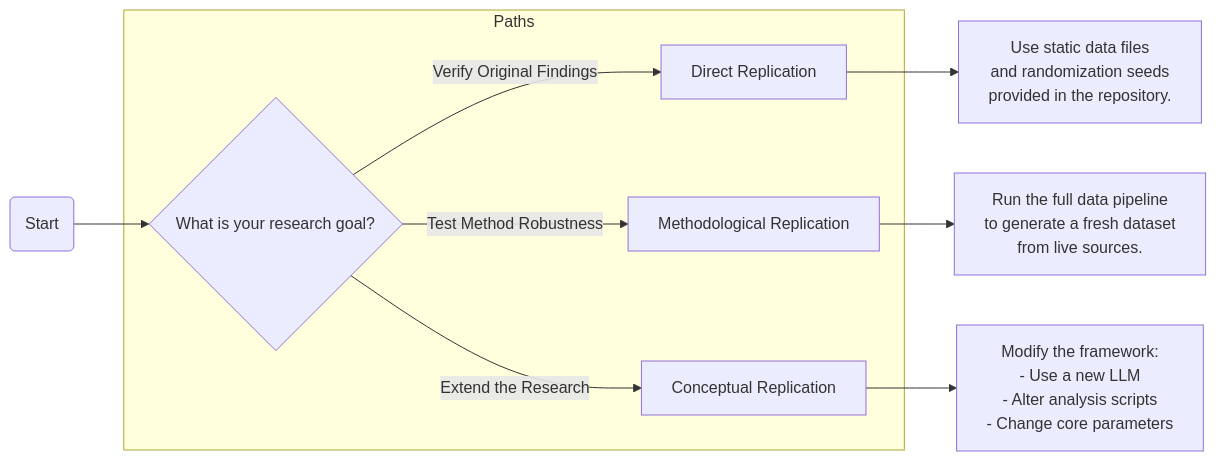
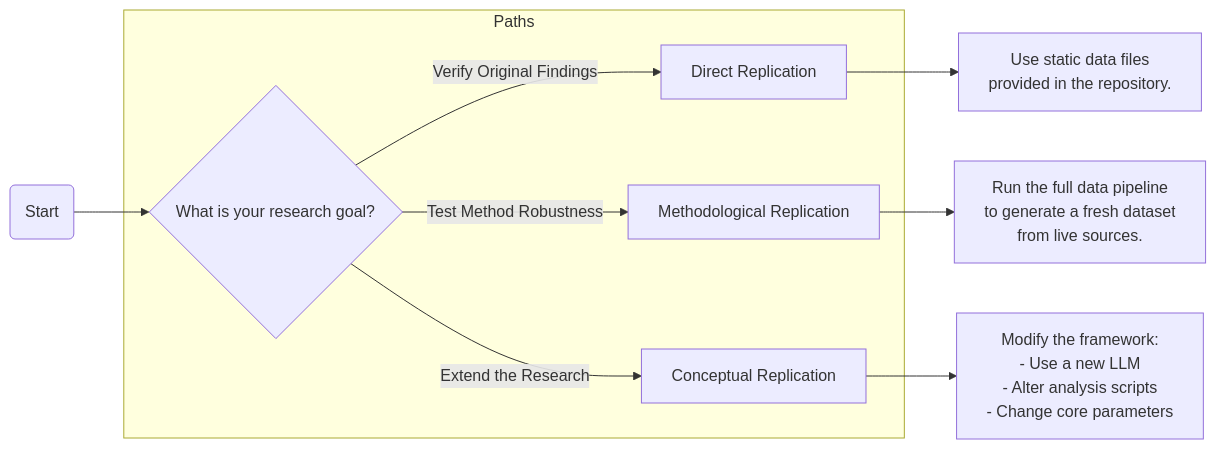
Before and after one commit to peterjmarko/llm-narrative-framework: the diagram in docs/diagrams/flow_replication_paths.mmd, drawn with Mermaid. The commit also changed 20 other files, not shown here.

```diff
--- a/docs/diagrams/flow_replication_paths.mmd
+++ b/docs/diagrams/flow_replication_paths.mmd
@@ -1,12 +1,12 @@
 graph LR
     A(Start) --> B{What is your research goal?};
 
     subgraph "Paths"
         B -- "Verify Original Findings" --> C[Direct Replication];
         B -- "Test Method Robustness" --> D[Methodological Replication];
         B -- "Extend the Research" --> E[Conceptual Replication];
     end
 
-    C --> C1["Use static data files<br>and randomization seeds<br>provided in the repository."];
+    C --> C1["Use static data files<br>provided in the repository."];
     D --> D1["Run the full data pipeline<br>to generate a fresh dataset<br>from live sources."];
     E --> E1["Modify the framework:<br>- Use a new LLM<br>- Alter analysis scripts<br>- Change core parameters"];
```
